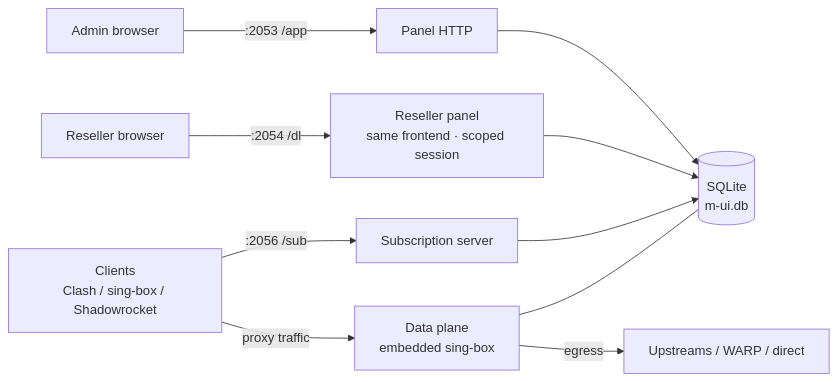
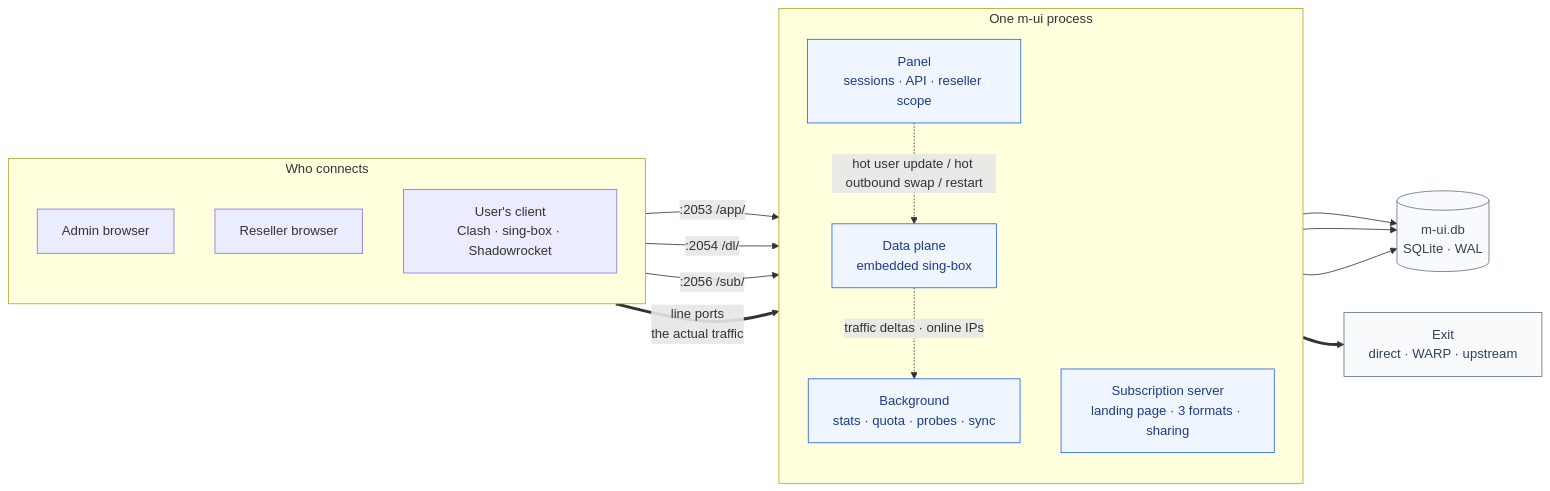
The first of 5 diagrams in README.en.md (Maoyangui/m-ui), drawn with Mermaid before and after one commit. The commit also changed other lines of this file and 13 other files, not shown here.

````diff
--- a/README.en.md
+++ b/README.en.md
@@ -45,12 +47,33 @@
 ```mermaid
 flowchart LR
-  A[Admin browser] -->|:2053 /app| P[Panel HTTP]
-  R[Reseller browser] -->|:2054 /dl| D[Reseller panel<br/>same frontend · scoped session]
-  C[Clients<br/>Clash / sing-box / Shadowrocket] -->|:2056 /sub| S[Subscription server]
-  C -->|proxy traffic| X[Data plane<br/>embedded sing-box]
-  P --> DB[(SQLite<br/>m-ui.db)]
-  D --> DB
-  S --> DB
-  X --- DB
-  X -->|egress| U[Upstreams / WARP / direct]
+  subgraph WHO["Who connects"]
+    direction TB
+    ADM["Admin browser"]
+    DLR["Reseller browser"]
+    APP["User's client<br/>Clash · sing-box · Shadowrocket"]
+  end
+
+  subgraph PROC["One m-ui process"]
+    direction TB
+    WEB["Panel<br/>sessions · API · reseller scope"]
+    SUB["Subscription server<br/>landing page · 3 formats · sharing"]
+    CORE["Data plane<br/>embedded sing-box"]
+    BG["Background<br/>stats · quota · probes · sync"]
+  end
+
+  ADM -->|":2053 /app/"| WEB
+  DLR -->|":2054 /dl/"| WEB
+  APP -->|":2056 /sub/"| SUB
+  APP ==>|"line ports<br/>the actual traffic"| CORE
+  WEB -.->|"hot user update / hot outbound swap / restart"| CORE
+  CORE -.->|"traffic deltas · online IPs"| BG
+  WEB --> DB[("m-ui.db<br/>SQLite · WAL")]
+  SUB --> DB
+  BG --> DB
+  CORE ==> OUT["Exit<br/>direct · WARP · upstream"]
+
+  classDef box fill:#eff6ff,stroke:#2563eb,color:#1e3a8a
+  classDef store fill:#f8fafc,stroke:#64748b,color:#334155
+  class WEB,SUB,CORE,BG box
+  class DB,OUT store
 ```
````
